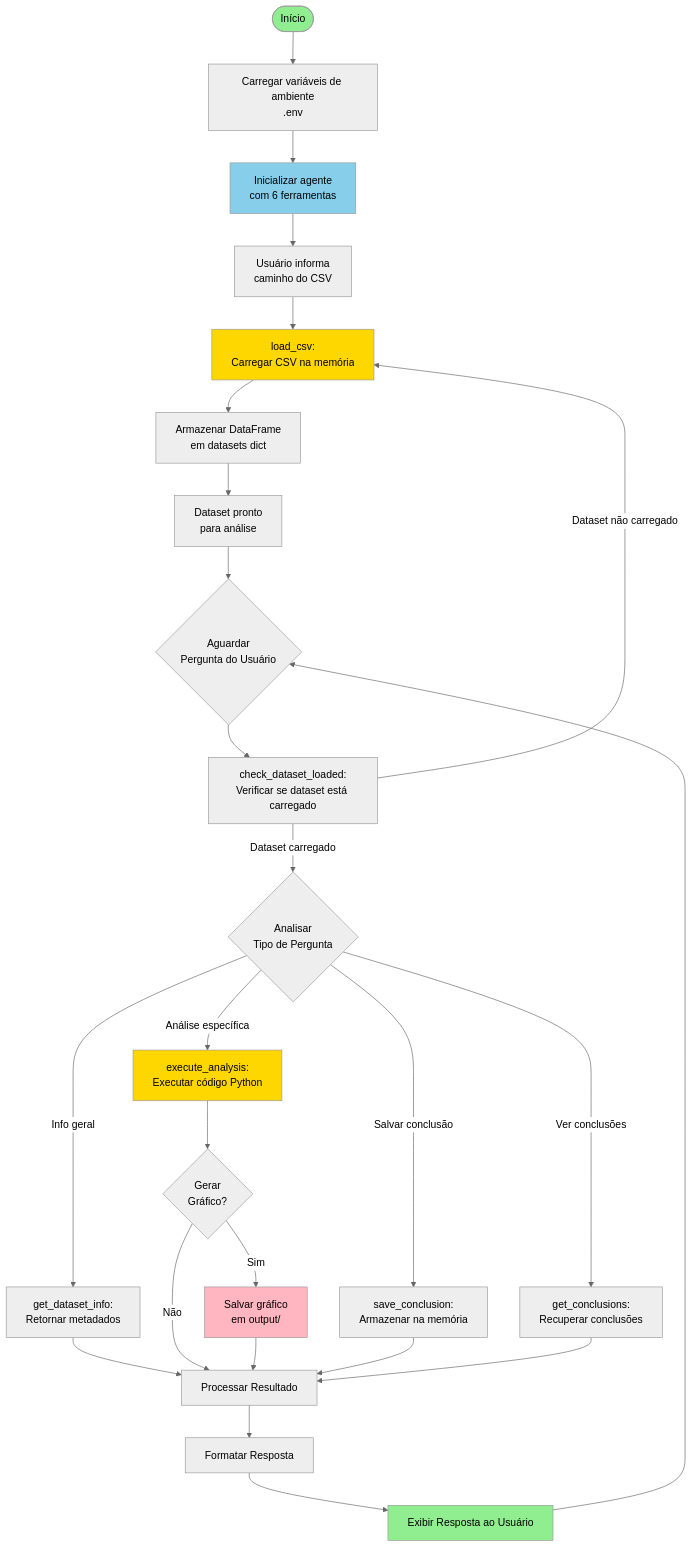
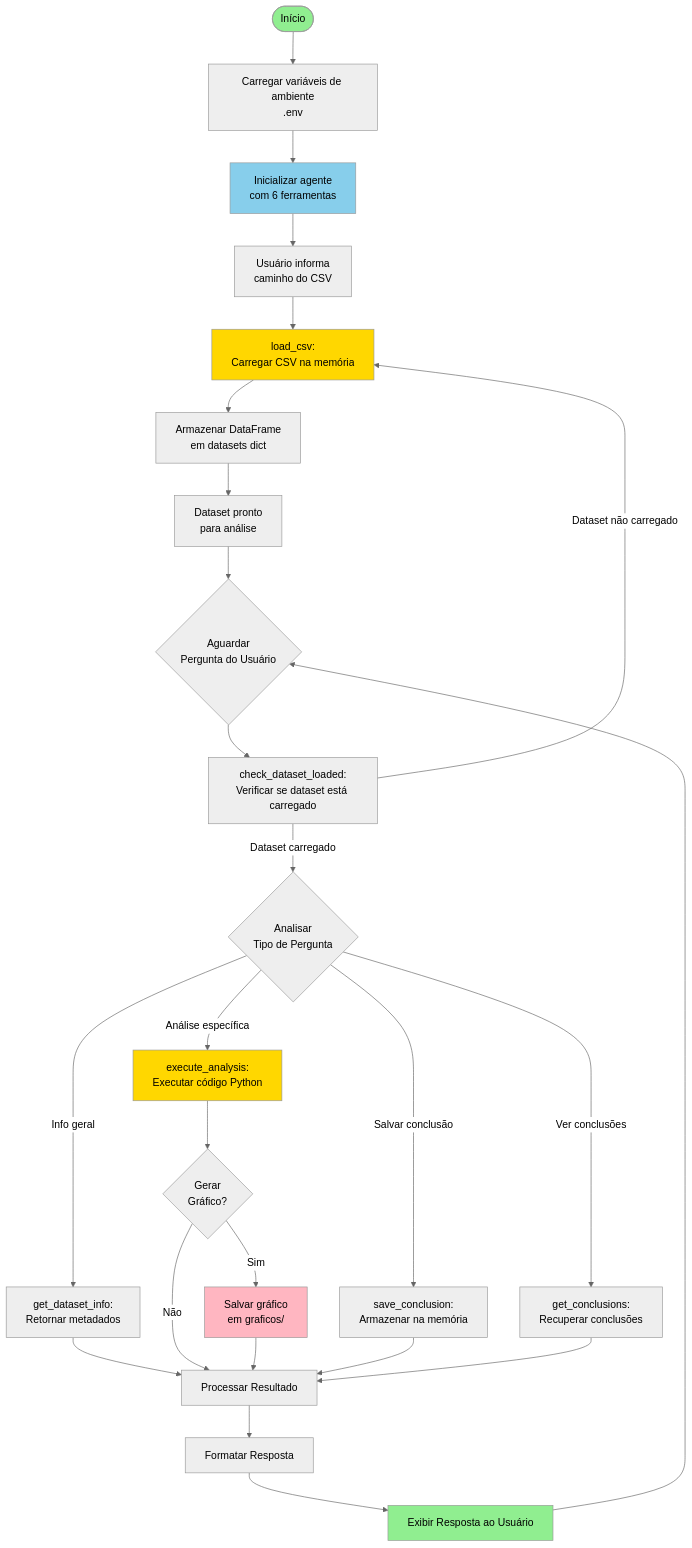
Before and after one commit to marviniDev/agent-analyzer-data: the first of 10 diagrams in doc/fluxograma.md, drawn with Mermaid (neutral theme). The commit also changed other lines of this file and 41 other files, not shown here.

````diff
--- a/doc/fluxograma.md
+++ b/doc/fluxograma.md
@@ -7,44 +7,44 @@
 ```mermaid
 flowchart TD
     Start([Início]) --> LoadEnv[Carregar variáveis de ambiente<br/>.env]
     LoadEnv --> Init[Inicializar agente<br/>com 6 ferramentas]
     
     Init --> UserInput[Usuário informa<br/>caminho do CSV]
     UserInput --> LoadCSV[load_csv:<br/>Carregar CSV na memória]
     
     LoadCSV --> StoreData[Armazenar DataFrame<br/>em datasets dict]
     StoreData --> Ready[Dataset pronto<br/>para análise]
     
     Ready --> WaitQuestion{Aguardar<br/>Pergunta do Usuário}
     
     WaitQuestion --> CheckDataset[check_dataset_loaded:<br/>Verificar se dataset está carregado]
     
     CheckDataset -->|Dataset carregado| AnalyzeType{Analisar<br/>Tipo de Pergunta}
     CheckDataset -->|Dataset não carregado| LoadCSV
     
     AnalyzeType -->|Info geral| GetInfo[get_dataset_info:<br/>Retornar metadados]
     AnalyzeType -->|Análise específica| ExecuteCode[execute_analysis:<br/>Executar código Python]
     AnalyzeType -->|Salvar conclusão| SaveConclusion[save_conclusion:<br/>Armazenar na memória]
     AnalyzeType -->|Ver conclusões| GetConclusions[get_conclusions:<br/>Recuperar conclusões]
     
     GetInfo --> ProcessResult[Processar Resultado]
     ExecuteCode --> GenerateGraph{Gerar<br/>Gráfico?}
-    GenerateGraph -->|Sim| SaveGraph[Salvar gráfico<br/>em output/]
+    GenerateGraph -->|Sim| SaveGraph[Salvar gráfico<br/>em graficos/]
     GenerateGraph -->|Não| ProcessResult
     SaveGraph --> ProcessResult
     
     SaveConclusion --> ProcessResult
     GetConclusions --> ProcessResult
     
     ProcessResult --> FormatResponse[Formatar Resposta]
     FormatResponse --> DisplayResponse[Exibir Resposta ao Usuário]
     
     DisplayResponse --> WaitQuestion
     
     style Start fill:#90EE90
     style Init fill:#87CEEB
     style LoadCSV fill:#FFD700
     style ExecuteCode fill:#FFD700
     style SaveGraph fill:#FFB6C1
     style DisplayResponse fill:#90EE90
 ```
````
